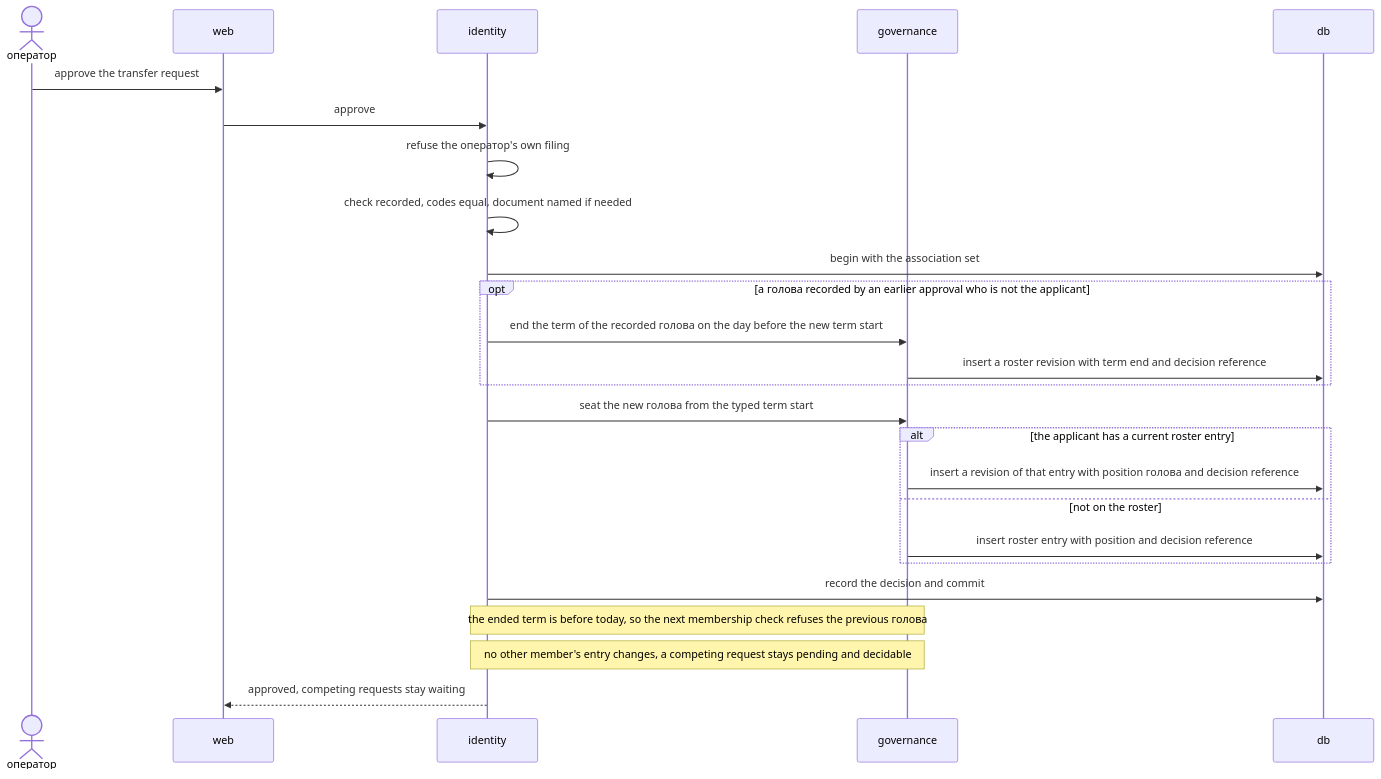
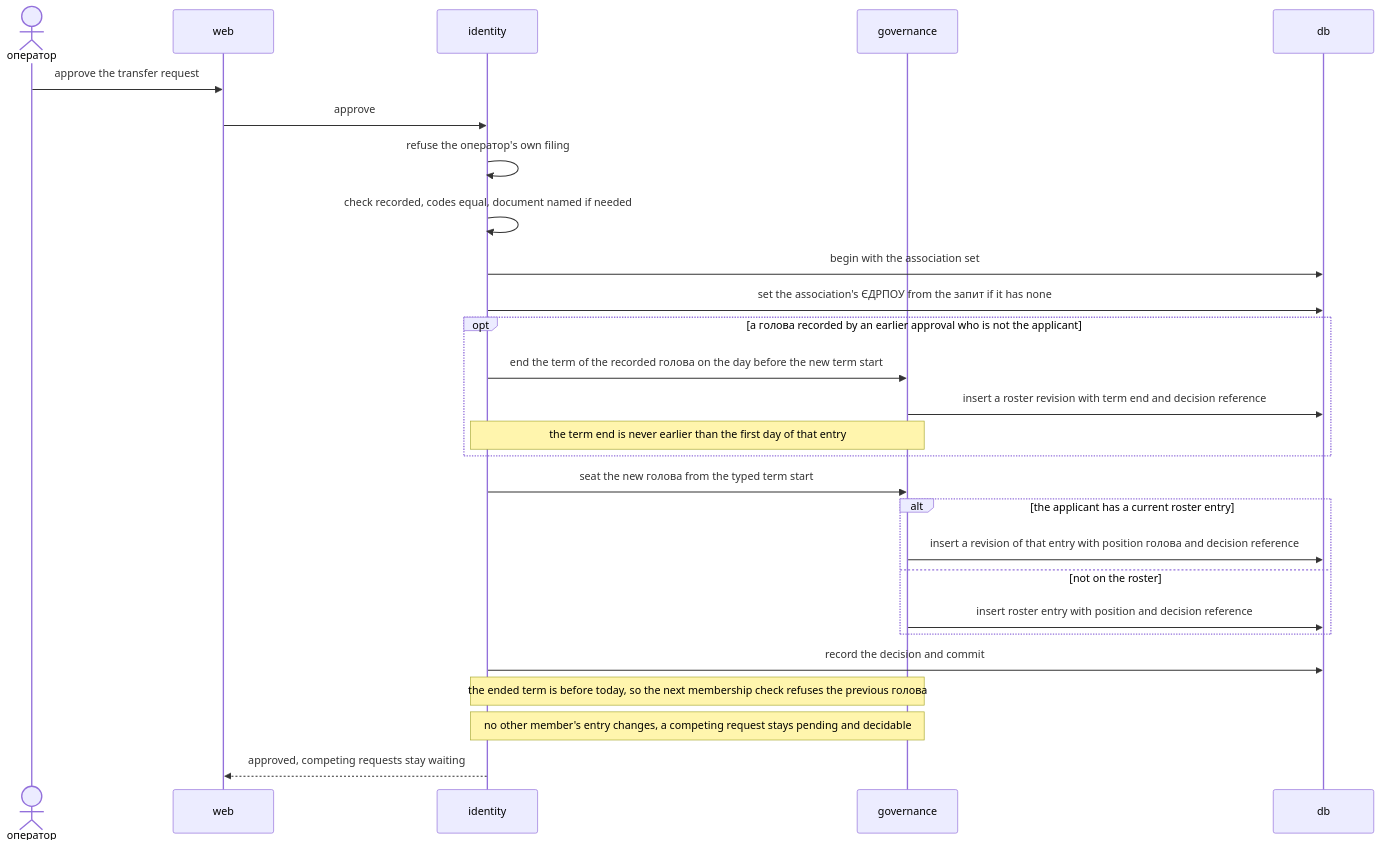
The fifth of 14 diagrams in docs/features/association-onboarding/sad.md (AndriiOpryshko/spilno), drawn with Mermaid before and after one commit. The commit also changed other lines of this file and 2 other files, not shown here.

````diff
--- a/docs/features/association-onboarding/sad.md
+++ b/docs/features/association-onboarding/sad.md
@@ -231,27 +233,29 @@
 ```mermaid
 sequenceDiagram
     actor O as оператор
     participant W as web
     participant I as identity
     participant G as governance
     participant D as db
     O->>W: approve the transfer request
     W->>I: approve
     I->>I: refuse the оператор's own filing
     I->>I: check recorded, codes equal, document named if needed
     I->>D: begin with the association set
+    I->>D: set the association's ЄДРПОУ from the запит if it has none
     opt a голова recorded by an earlier approval who is not the applicant
         I->>G: end the term of the recorded голова on the day before the new term start
         G->>D: insert a roster revision with term end and decision reference
+        Note over I,G: the term end is never earlier than the first day of that entry
     end
     I->>G: seat the new голова from the typed term start
     alt the applicant has a current roster entry
         G->>D: insert a revision of that entry with position голова and decision reference
     else not on the roster
         G->>D: insert roster entry with position and decision reference
     end
     I->>D: record the decision and commit
     Note over I,G: the ended term is before today, so the next membership check refuses the previous голова
     Note over I,G: no other member's entry changes, a competing request stays pending and decidable
     I-->>W: approved, competing requests stay waiting
 ```
````
